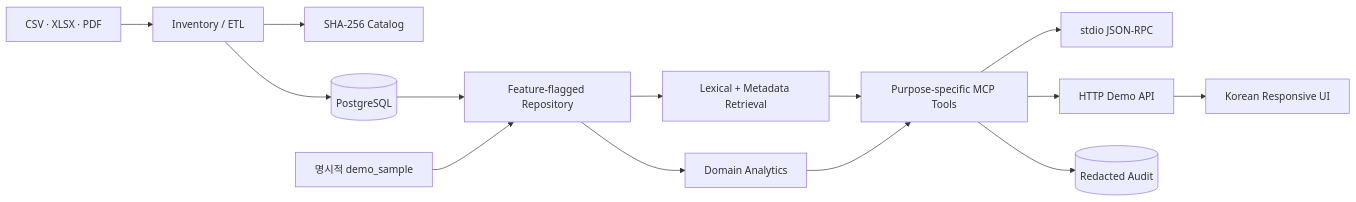
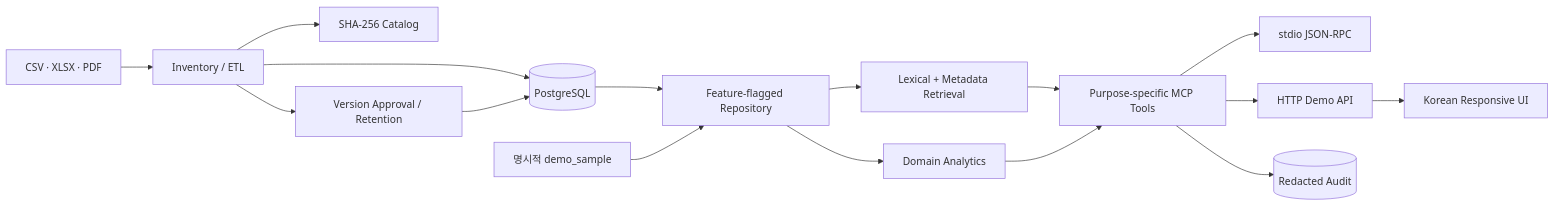
One commit to LanaKee/mcp changed the diagram in docs/architecture.md. Above: the diagram before and after it, drawn with Mermaid. The commit also changed other lines of this file and 7 other files, not shown here.

````diff
--- a/docs/architecture.md
+++ b/docs/architecture.md
@@ -9,17 +9,19 @@
 ```mermaid
 flowchart LR
   RAW[CSV · XLSX · PDF] --> ETL[Inventory / ETL]
   ETL --> CAT[SHA-256 Catalog]
   ETL --> PG[(PostgreSQL)]
+  ETL --> LIFE[Version Approval / Retention]
+  LIFE --> PG
   SAMPLE[명시적 demo_sample]
   PG --> REPO[Feature-flagged Repository]
   SAMPLE --> REPO
   REPO --> DOMAIN[Domain Analytics]
   REPO --> RET[Lexical + Metadata Retrieval]
   RET --> TOOLS[Purpose-specific MCP Tools]
   DOMAIN --> TOOLS
   TOOLS --> STDIO[stdio JSON-RPC]
   TOOLS --> HTTP[HTTP Demo API]
   TOOLS --> AUDIT[(Redacted Audit)]
   HTTP --> WEB[Korean Responsive UI]
 ```
````
